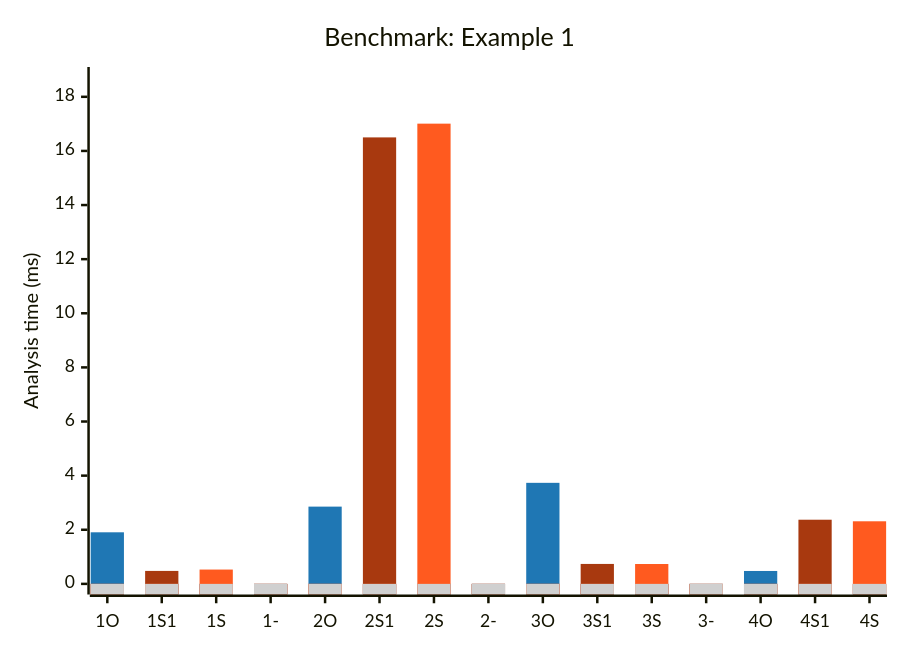
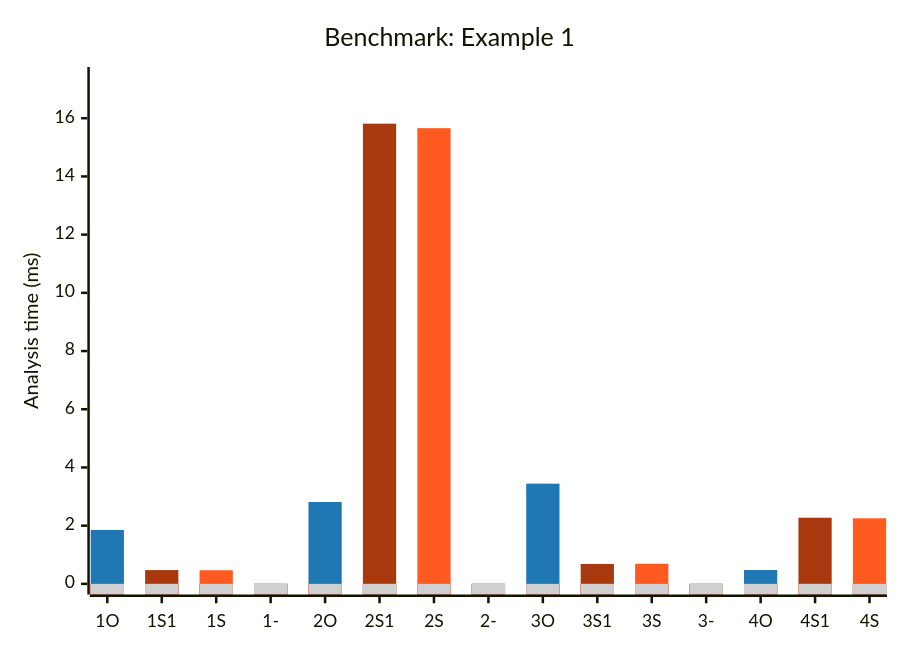
Before and after one commit to NathanaelRea/Strut: the fourth of 9 diagrams in docs/benchmark-opensees-examples.md, drawn with Mermaid. The commit also changed other lines of this file and 23 other files, not shown here.

````diff
--- a/docs/benchmark-opensees-examples.md
+++ b/docs/benchmark-opensees-examples.md
@@ -98,16 +96,16 @@
 ```mermaid
 ---
 config:
   themeVariables:
     xyChart:
       plotColorPalette: '#1f77b4, #a8390f, #FF5A1F, #d0d0d0'
 ---
 xychart-beta
     title "Benchmark: Example 1"
     x-axis ["1O", "1S1", "1S", "1-", "2O", "2S1", "2S", "2-", "3O", "3S1", "3S", "3-", "4O", "4S1", "4S"]
-    y-axis "Analysis time (ms)" 0 --> 18.709
-    bar "OS" [1.906, 0.0, 0.0, 0.0, 2.855, 0.0, 0.0, 0.0, 3.734, 0.0, 0.0, 0.0, 0.477, 0.0, 0.0]
-    bar "STR1" [0.0, 0.479, 0.0, 0.0, 0.0, 16.500, 0.0, 0.0, 0.0, 0.737, 0.0, 0.0, 0.0, 2.371, 0.0]
-    bar "STR" [0.0, 0.0, 0.529, 0.0, 0.0, 0.0, 17.008, 0.0, 0.0, 0.0, 0.734, 0.0, 0.0, 0.0, 2.313]
+    y-axis "Analysis time (ms)" 0 --> 17.395
+    bar "OS" [1.853, 0.0, 0.0, 0.0, 2.813, 0.0, 0.0, 0.0, 3.444, 0.0, 0.0, 0.0, 0.476, 0.0, 0.0]
+    bar "STR1" [0.0, 0.474, 0.0, 0.0, 0.0, 15.813, 0.0, 0.0, 0.0, 0.684, 0.0, 0.0, 0.0, 2.273, 0.0]
+    bar "STR" [0.0, 0.0, 0.469, 0.0, 0.0, 0.0, 15.658, 0.0, 0.0, 0.0, 0.691, 0.0, 0.0, 0.0, 2.253]
     bar "mask" [0.0, 0.0, 0.0, 0.0, 0.0, 0.0, 0.0, 0.0, 0.0, 0.0, 0.0, 0.0, 0.0, 0.0, 0.0]
 ```
````
